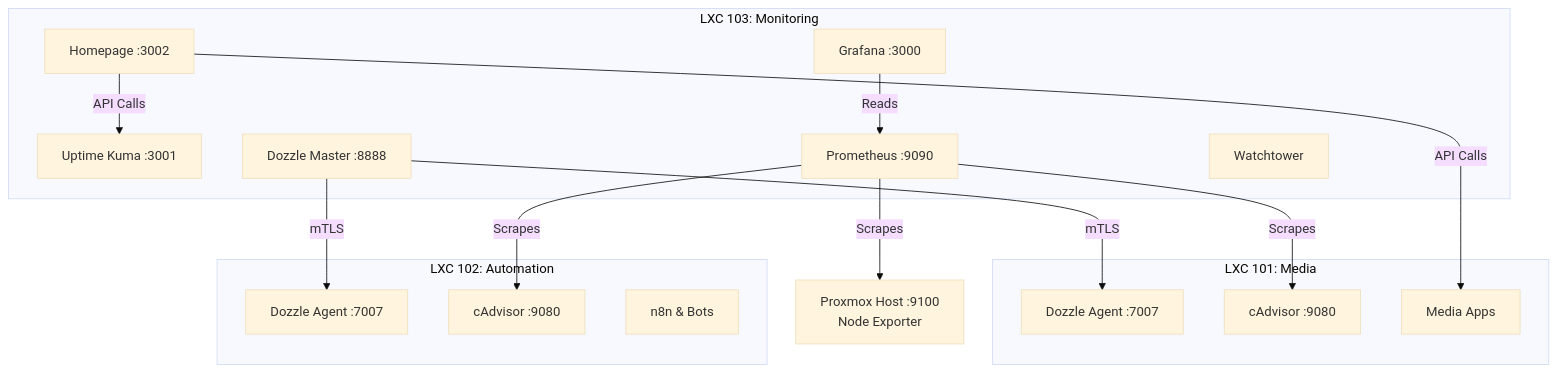
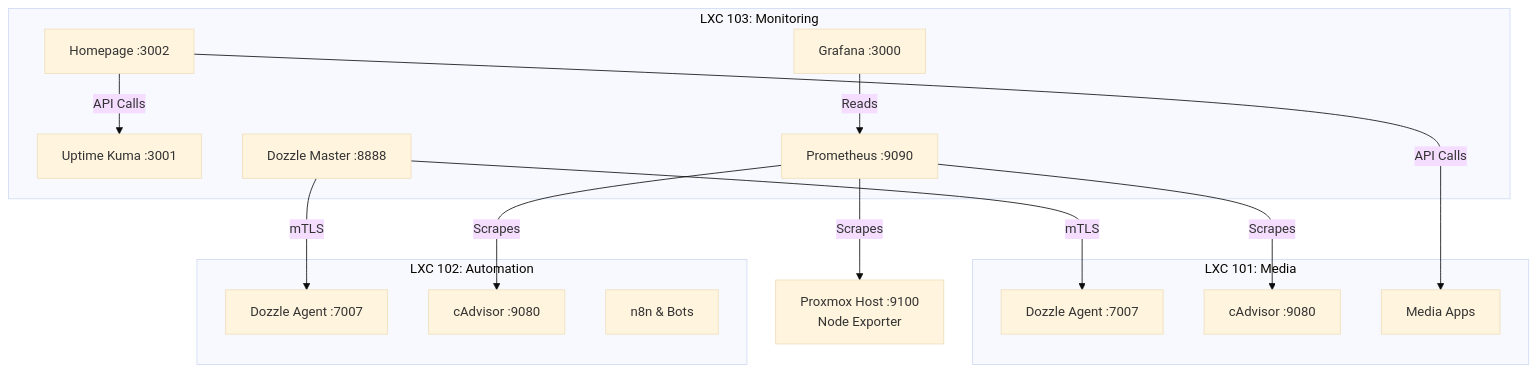
Before and after one commit to kromz-dev/homelab-infrastructure: the diagram in docker-stacks/monitoring/README.md, drawn with Mermaid (base theme). The commit also changed other lines of this file and 5 other files, not shown here.

````diff
--- a/docker-stacks/monitoring/README.md
+++ b/docker-stacks/monitoring/README.md
@@ -17,35 +17,34 @@
 ```mermaid
 flowchart TD
     subgraph LXC_103 [LXC 103: Monitoring]
         H[Homepage :3002]
         K[Uptime Kuma :3001]
         G[Grafana :3000]
         P[Prometheus :9090]
         D[Dozzle Master :8888]
-        W[Watchtower]
     end
 
     subgraph LXC_101 [LXC 101: Media]
         DA1[Dozzle Agent :7007]
         CA1[cAdvisor :9080]
         M[Media Apps]
     end
 
     subgraph LXC_102 [LXC 102: Automation]
         DA2[Dozzle Agent :7007]
         CA2[cAdvisor :9080]
         A[n8n & Bots]
     end
 
     Host[Proxmox Host :9100\nNode Exporter]
 
     %% Connections
     P -->|Scrapes| Host
     P -->|Scrapes| CA1
     P -->|Scrapes| CA2
     G -->|Reads| P
     D -->|mTLS| DA1
     D -->|mTLS| DA2
     H -->|API Calls| M
     H -->|API Calls| K
 ```
````
